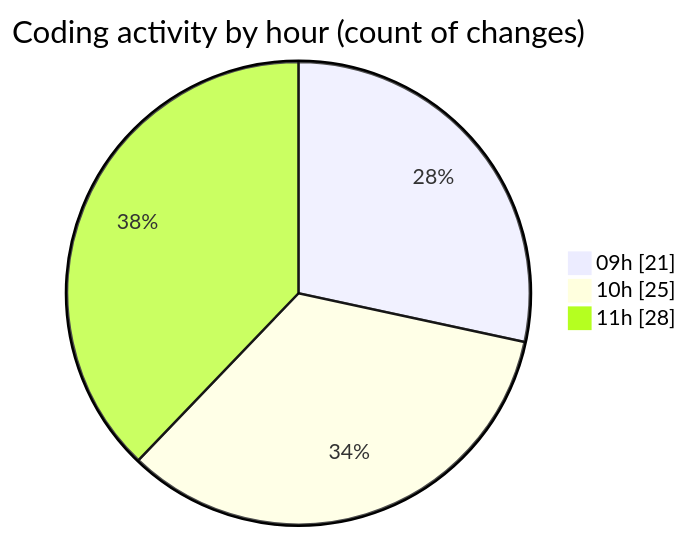
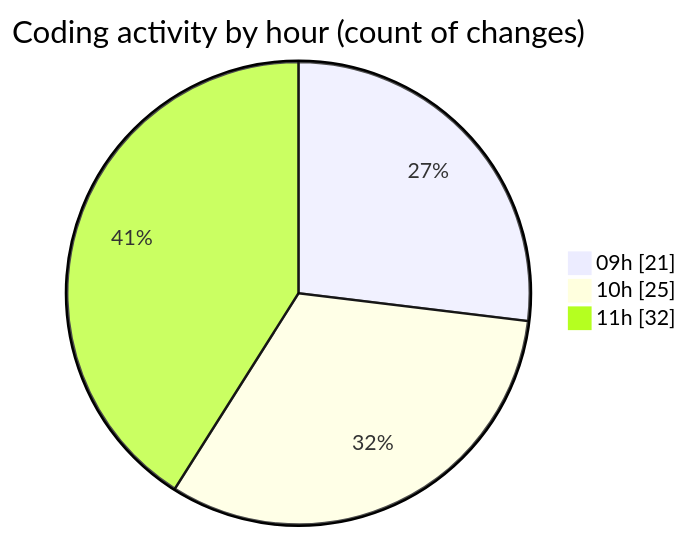
One commit to momahboobian/code-tracking changed the second of 2 diagrams in 2025-12-01/cda/README.md. Above: the diagram before and after it, drawn with Mermaid. The commit also changed other lines of this file and 1 other file, not shown here.

````diff
--- a/2025-12-01/cda/README.md
+++ b/2025-12-01/cda/README.md
@@ -45,7 +45,7 @@
 ```mermaid
 pie showData
 title Coding activity by hour (count of changes)
 "09h" : 21
 "10h" : 25
-"11h" : 28
+"11h" : 32
 ```
````
